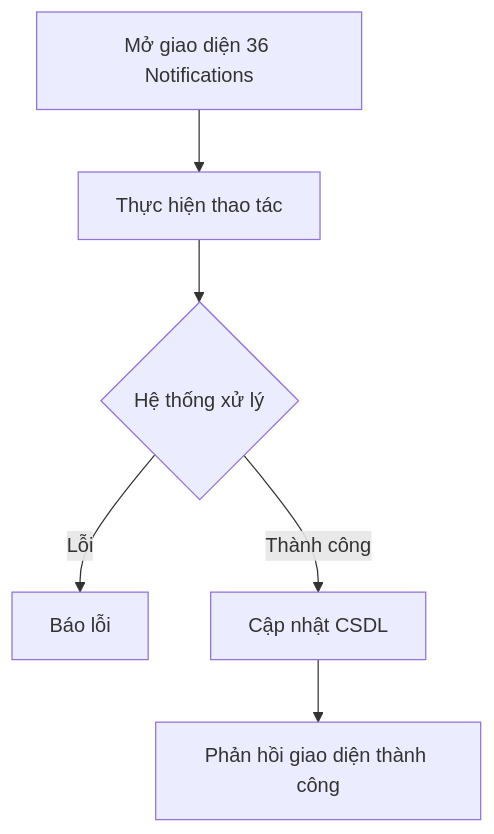
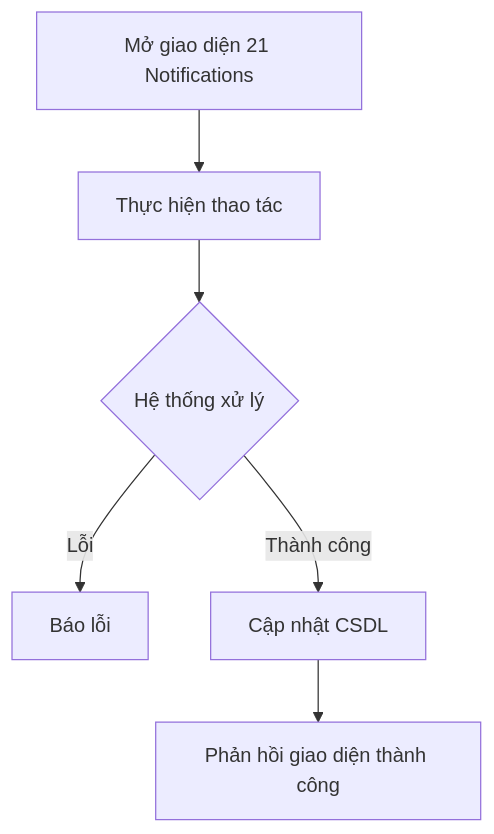
One commit to VanHaPtit/EasyTech_FE changed the diagram in nghiep_vu/epic-04_Pipeline_Automation/user-story-21_Notifications/user-story.md. Above: the diagram before and after it, drawn with Mermaid. The commit also changed other lines of this file and 31 other files, not shown here.

````diff
--- a/nghiep_vu/epic-04_Pipeline_Automation/user-story-21_Notifications/user-story.md
+++ b/nghiep_vu/epic-04_Pipeline_Automation/user-story-21_Notifications/user-story.md
@@ -11,8 +11,8 @@
 ```mermaid
 graph TD
-    A[Mở giao diện 36 Notifications] --> B[Thực hiện thao tác]
+    A[Mở giao diện 21 Notifications] --> B[Thực hiện thao tác]
     B --> C{Hệ thống xử lý}
     C -- Lỗi --> D[Báo lỗi]
     C -- Thành công --> E[Cập nhật CSDL]
     E --> F[Phản hồi giao diện thành công]
 ```
````
